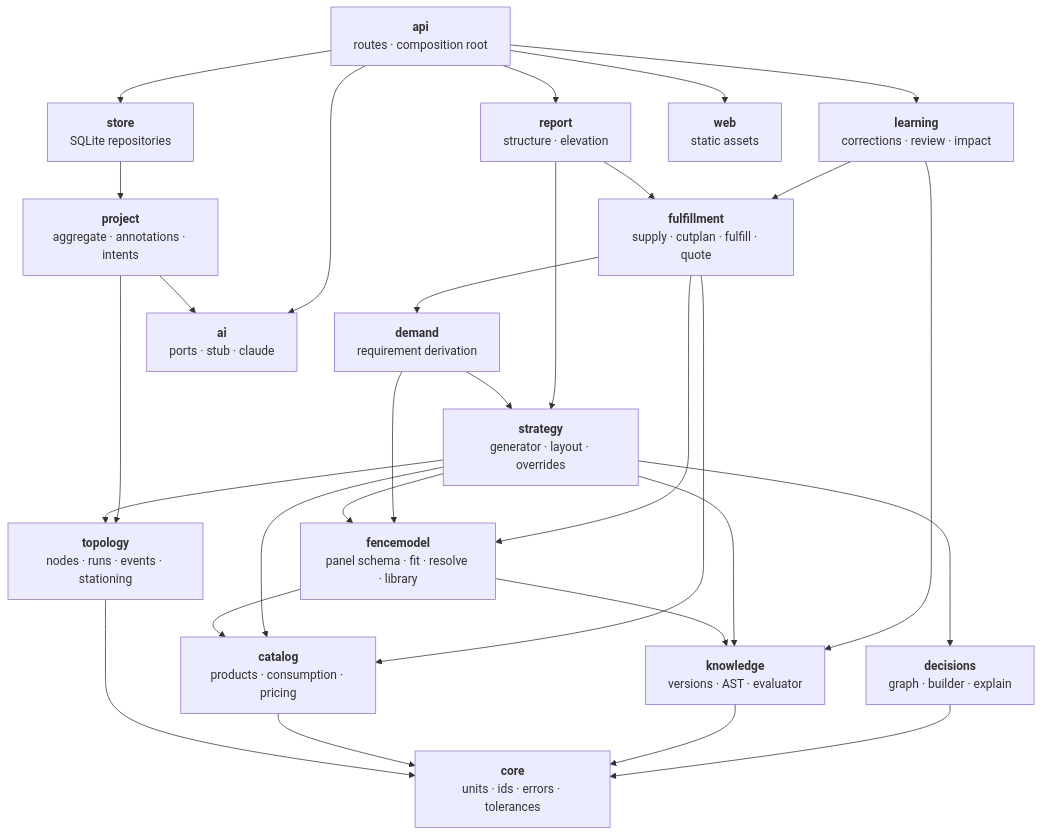
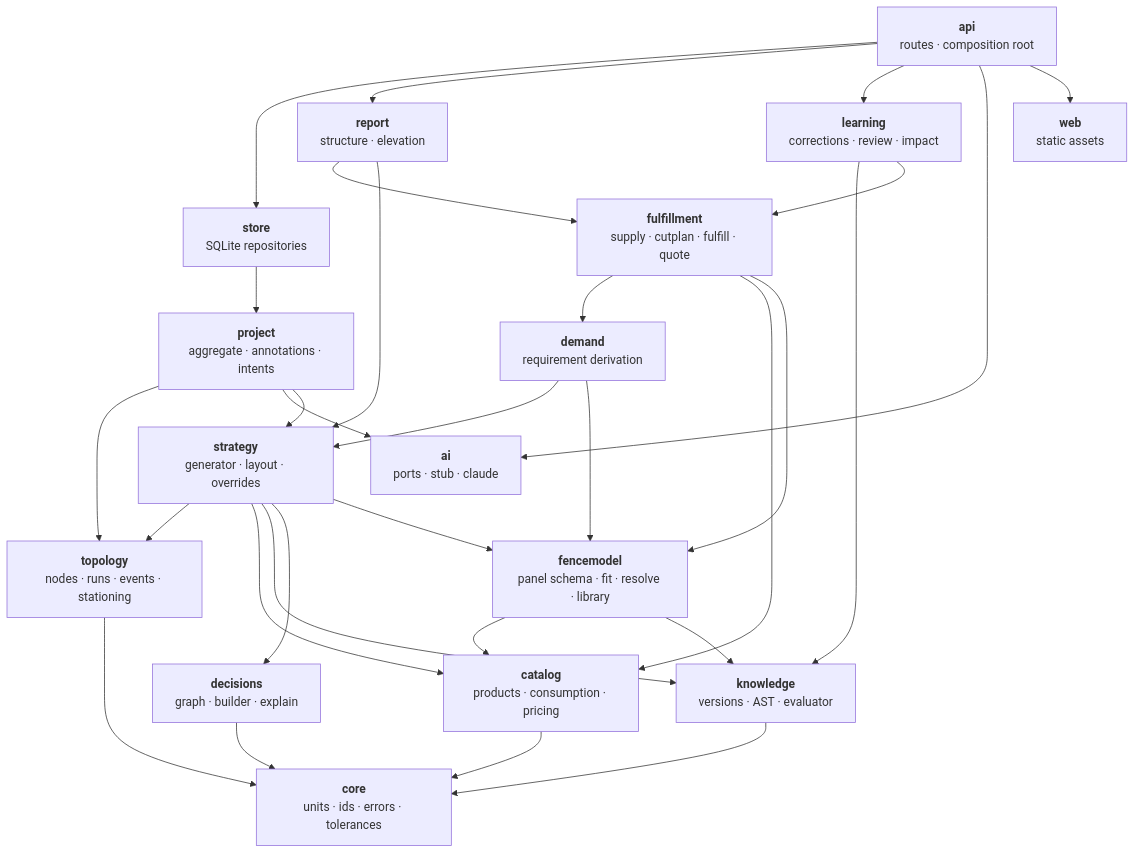
One commit to spicysauce1955-stack/BOM changed the first of 2 diagrams in docs/architecture/01-domains.md. Above: the diagram before and after it, drawn with Mermaid. The commit also changed other lines of this file and 5 other files, not shown here.

First line of the commit message:
docs(architecture): fix six drifts an external audit surfaced, and the rule that hid one

````diff
--- a/docs/architecture/01-domains.md
+++ b/docs/architecture/01-domains.md
@@ -19,52 +19,53 @@
 ```mermaid
 flowchart TD
     CORE["<b>core</b><br/>units · ids · errors · tolerances"]
 
     TOP["<b>topology</b><br/>nodes · runs · events · stationing"]
     CAT["<b>catalog</b><br/>products · consumption · pricing"]
     KNO["<b>knowledge</b><br/>versions · AST · evaluator"]
     DEC["<b>decisions</b><br/>graph · builder · explain"]
 
     FM["<b>fencemodel</b><br/>panel schema · fit · resolve · library"]
     STR["<b>strategy</b><br/>generator · layout · overrides"]
     DEM["<b>demand</b><br/>requirement derivation"]
     FUL["<b>fulfillment</b><br/>supply · cutplan · fulfill · quote"]
     REP["<b>report</b><br/>structure · elevation"]
 
     PRJ["<b>project</b><br/>aggregate · annotations · intents"]
     LRN["<b>learning</b><br/>corrections · review · impact"]
     AI["<b>ai</b><br/>ports · stub · claude"]
 
     STO["<b>store</b><br/>SQLite repositories"]
     API["<b>api</b><br/>routes · composition root"]
     WEB["<b>web</b><br/>static assets"]
 
     TOP --> CORE
     CAT --> CORE
     KNO --> CORE
     DEC --> CORE
     FM --> CAT
     FM --> KNO
     STR --> TOP
     STR --> CAT
     STR --> KNO
     STR --> DEC
     STR --> FM
     DEM --> STR
     DEM --> FM
     FUL --> DEM
     FUL --> CAT
     FUL --> FM
     REP --> FUL
     REP --> STR
     PRJ --> TOP
     PRJ --> AI
+    PRJ --> STR
     LRN --> KNO
     LRN --> FUL
     STO --> PRJ
     API --> STO
     API --> REP
     API --> LRN
     API --> AI
     API --> WEB
 ```
````
